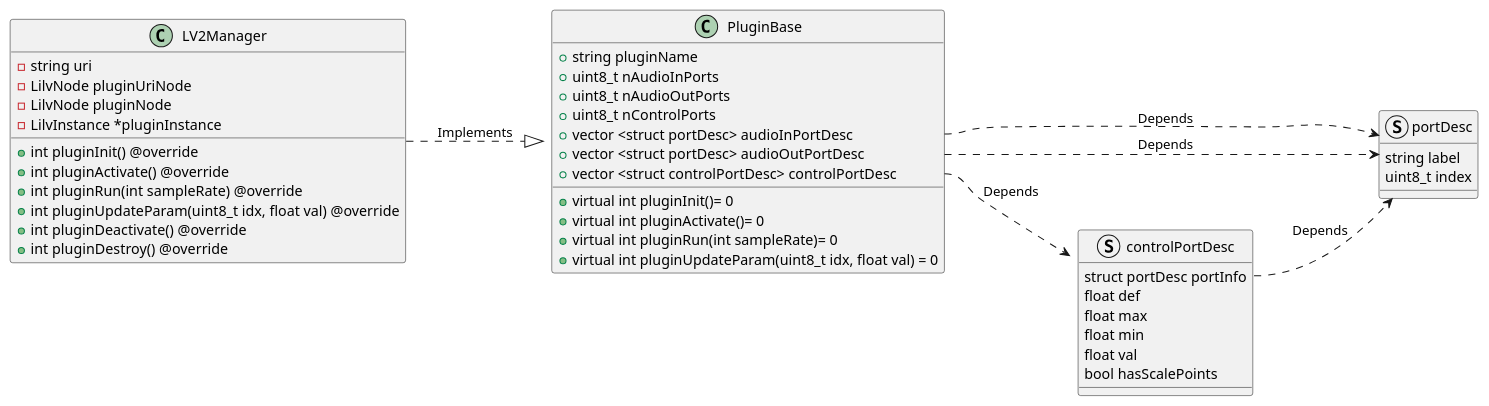
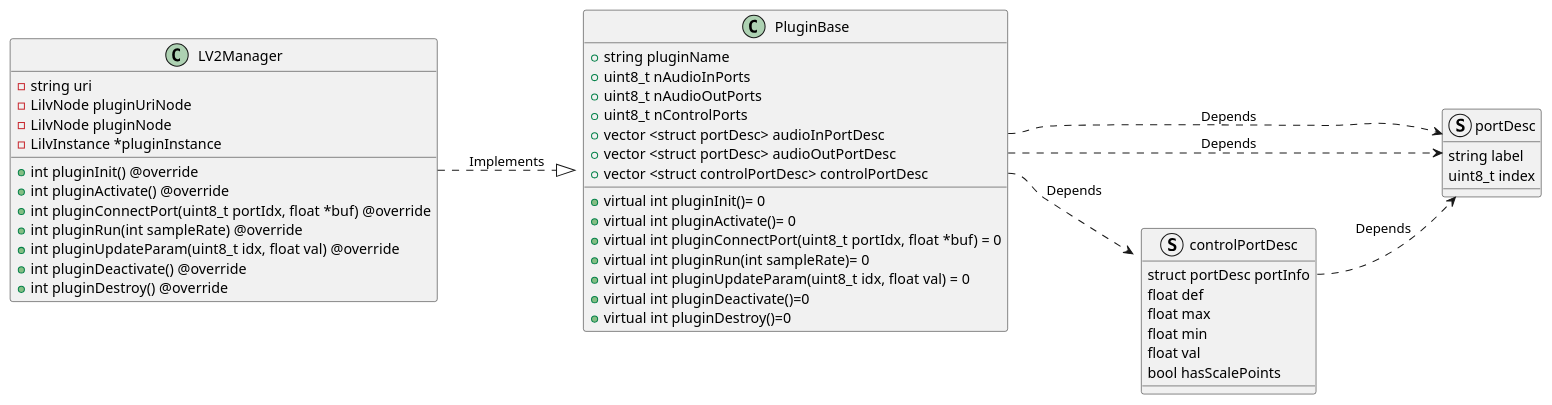
Before and after one commit to abhimanyu-g/calicofx-core: the seventh of 15 diagrams in doc/design.org, drawn with PlantUML. The commit also changed other lines of this file, not shown here.

```diff
--- a/doc/design.org
+++ b/doc/design.org
@@ -202,52 +212,57 @@
 #+begin_src plantuml :file /tmp/calicofx-lv2-manager-class-dig.png :exports results
   @startuml
   left to right direction
   struct portDesc{
         string label
         uint8_t index
   }
 
   struct controlPortDesc {
         struct portDesc portInfo
         float def
         float max
         float min
         float val
         bool hasScalePoints
   }
 
+
   class PluginBase{
           +string pluginName
           +uint8_t nAudioInPorts
           +uint8_t nAudioOutPorts
           +uint8_t nControlPorts
-        +vector <struct portDesc> audioInPortDesc
+          +vector <struct portDesc> audioInPortDesc
           +vector <struct portDesc> audioOutPortDesc
           +vector <struct controlPortDesc> controlPortDesc
           +virtual int pluginInit()= 0
           +virtual int pluginActivate()= 0
+          +virtual int pluginConnectPort(uint8_t portIdx, float *buf) = 0
           +virtual int pluginRun(int sampleRate)= 0
-        +virtual int pluginUpdateParam(uint8_t idx, float val) = 0
+          +virtual int pluginUpdateParam(uint8_t idx, float val) = 0
+          +virtual int pluginDeactivate()=0
+          +virtual int pluginDestroy()=0
   }
 
   class LV2Manager{
         -string uri
         -LilvNode pluginUriNode
         -LilvNode pluginNode
         -LilvInstance *pluginInstance
         +int pluginInit() @override
         +int pluginActivate() @override
+        +int pluginConnectPort(uint8_t portIdx, float *buf) @override
         +int pluginRun(int sampleRate) @override
         +int pluginUpdateParam(uint8_t idx, float val) @override
         +int pluginDeactivate() @override
           +int pluginDestroy() @override
   }
 
   LV2Manager ..|> PluginBase:Implements
   controlPortDesc::portInfo ..> portDesc:Depends
   PluginBase::audioInPortDesc ..> portDesc:Depends
   PluginBase::audioOutPortDesc ..> portDesc:Depends
   PluginBase::controlPortDesc ..> controlPortDesc:Depends
 
   @enduml
 #+end_src
```
